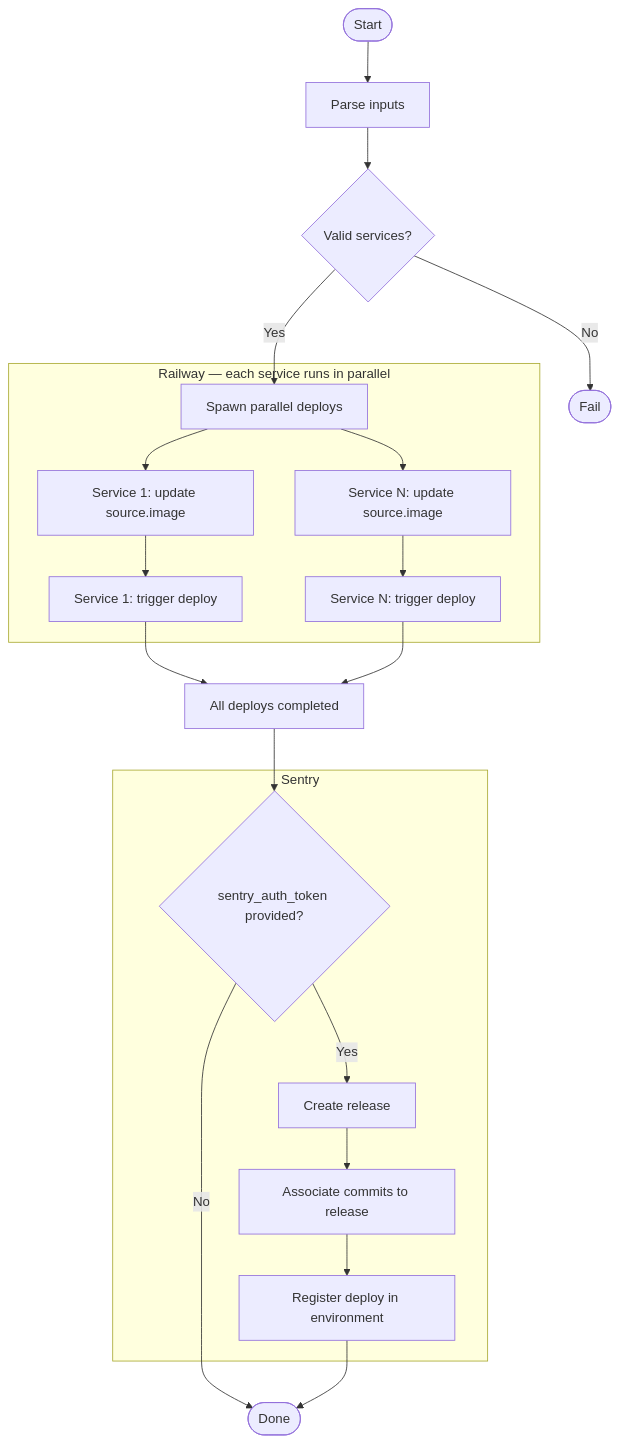
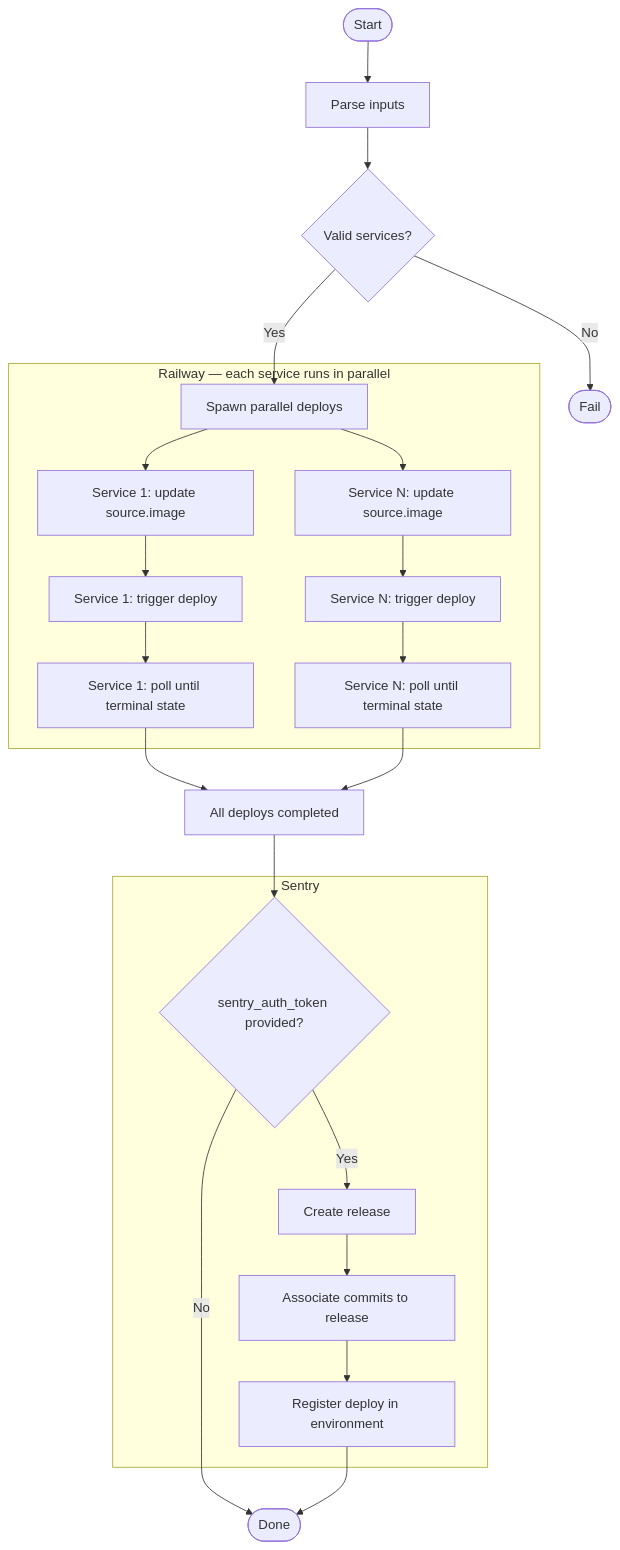
Before and after one commit to Spryx-AI/spryx-deploy-action: the diagram in README.md, drawn with Mermaid. The commit also changed other lines of this file and 5 other files, not shown here.

First line of the commit message:
feat: poll Railway deployment status until terminal state

````diff
--- a/README.md
+++ b/README.md
@@ -7,26 +7,28 @@
 ```mermaid
 flowchart TD
     A([Start]) --> B[Parse inputs]
     B --> C{Valid services?}
     C -- No --> Z([Fail])
     C -- Yes --> D[Spawn parallel deploys]
 
     subgraph Railway [Railway — each service runs in parallel]
         D --> E1[Service 1: update source.image]
         D --> E2[Service N: update source.image]
         E1 --> F1[Service 1: trigger deploy]
         E2 --> F2[Service N: trigger deploy]
+        F1 --> G1[Service 1: poll until terminal state]
+        F2 --> G2[Service N: poll until terminal state]
     end
 
-    F1 & F2 --> G[All deploys completed]
-    G --> H{sentry_auth_token provided?}
-    H -- No --> I([Done])
+    G1 & G2 --> H[All deploys completed]
+    H --> I{sentry_auth_token provided?}
+    I -- No --> J([Done])
 
     subgraph Sentry
-        H -- Yes --> J[Create release]
-        J --> K[Associate commits to release]
-        K --> L[Register deploy in environment]
+        I -- Yes --> K[Create release]
+        K --> L[Associate commits to release]
+        L --> M[Register deploy in environment]
     end
 
-    L --> I
+    M --> J
 ```
````
